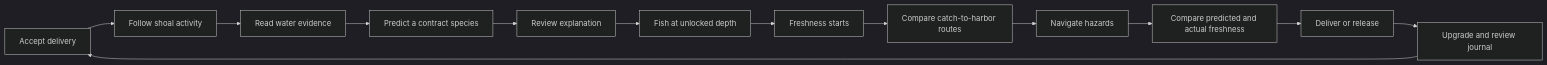
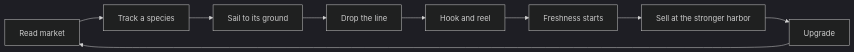
The diagram in Docs/Assessment-Report.md (Prunty2/GameCompNew), drawn with Mermaid (dark theme) before and after one commit. The commit also changed other lines of this file and 22 other files, not shown here.

````diff
--- a/Docs/Assessment-Report.md
+++ b/Docs/Assessment-Report.md
@@ -84,15 +73,11 @@
 ```mermaid
 flowchart LR
-  A["Accept delivery"] --> B["Follow shoal activity"]
-  B --> C["Read water evidence"]
-  C --> D["Predict a contract species"]
-  D --> E["Review explanation"]
-  E --> F["Fish at unlocked depth"]
-  F --> G["Freshness starts"]
-  G --> H["Compare catch-to-harbor routes"]
-  H --> I["Navigate hazards"]
-  I --> J["Compare predicted and actual freshness"]
-  J --> K["Deliver or release"]
-  K --> L["Upgrade and review journal"]
-  L --> A
+  A["Read market"] --> B["Track a species"]
+  B --> C["Sail to its ground"]
+  C --> D["Drop the line"]
+  D --> E["Hook and reel"]
+  E --> F["Freshness starts"]
+  F --> G["Sell at the stronger harbor"]
+  G --> H["Upgrade"]
+  H --> A
 ```
````
